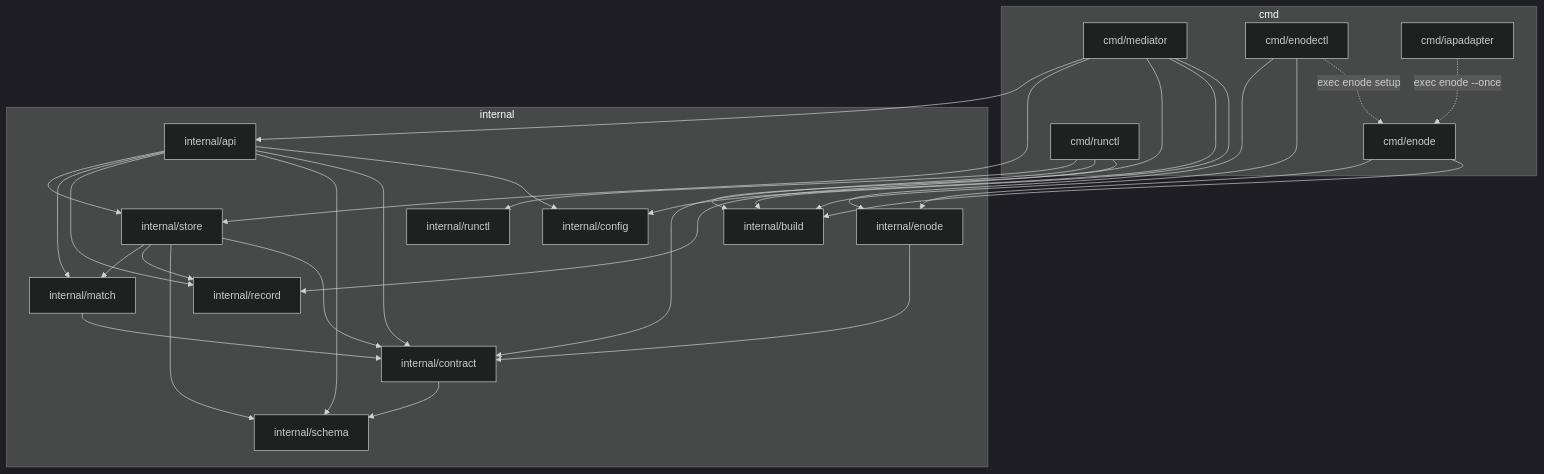
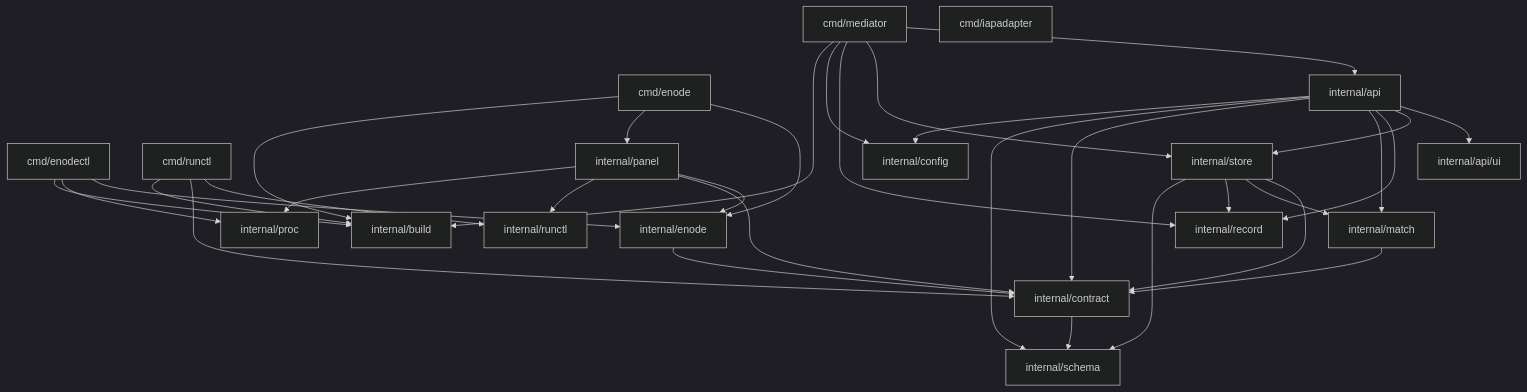
The diagram in aidlc-docs/inception/reverse-engineering/dependencies.md (taeels/enode-fixup-project), drawn with Mermaid (dark theme) before and after one commit. The commit also changed other lines of this file and 10 other files, not shown here.

````diff
--- a/aidlc-docs/inception/reverse-engineering/dependencies.md
+++ b/aidlc-docs/inception/reverse-engineering/dependencies.md
@@ -17,57 +10,54 @@
 ```mermaid
 graph TD
-    subgraph cmd
-        cmdMediator[cmd/mediator]
-        cmdEnode[cmd/enode]
-        cmdEnodectl[cmd/enodectl]
-        cmdRunctl[cmd/runctl]
-        cmdIap[cmd/iapadapter]
-    end
-    subgraph internal
-        api[internal/api]
-        store[internal/store]
-        match[internal/match]
-        contract[internal/contract]
-        record[internal/record]
-        schema[internal/schema]
-        config[internal/config]
-        enode[internal/enode]
-        runctl[internal/runctl]
-        build[internal/build]
-    end
+    cmdmediator["cmd/mediator"]
+    cmdenode["cmd/enode"]
+    cmdenodectl["cmd/enodectl"]
+    cmdrunctl["cmd/runctl"]
+    cmdiap["cmd/iapadapter"]
+    api["internal/api"]
+    ui["internal/api/ui"]
+    store["internal/store"]
+    record["internal/record"]
+    match["internal/match"]
+    contract["internal/contract"]
+    schema["internal/schema"]
+    config["internal/config"]
+    enode["internal/enode"]
+    panel["internal/panel"]
+    runctl["internal/runctl"]
+    proc["internal/proc"]
+    build["internal/build"]
 
-    cmdMediator --> api
-    cmdMediator --> store
-    cmdMediator --> record
-    cmdMediator --> config
-    cmdMediator --> build
-
+    cmdmediator --> api
+    cmdmediator --> store
+    cmdmediator --> record
+    cmdmediator --> config
+    cmdmediator --> build
+    cmdenode --> enode
+    cmdenode --> panel
+    cmdenode --> build
+    cmdenodectl --> enode
+    cmdenodectl --> proc
+    cmdenodectl --> build
+    cmdrunctl --> runctl
+    cmdrunctl --> contract
+    cmdrunctl --> build
+    api --> ui
     api --> store
+    api --> record
     api --> match
-    api --> record
+    api --> contract
     api --> schema
-    api --> contract
     api --> config
-
+    store --> contract
     store --> match
     store --> record
     store --> schema
-    store --> contract
-
+    contract --> schema
     match --> contract
-    contract --> schema
-
-    cmdEnode --> enode
-    cmdEnode --> build
     enode --> contract
-
-    cmdEnodectl --> enode
-    cmdEnodectl --> build
-
-    cmdRunctl --> runctl
-    cmdRunctl --> contract
-    cmdRunctl --> build
-
-    cmdEnodectl -.->|exec enode setup| cmdEnode
-    cmdIap -.->|exec enode --once| cmdEnode
+    panel --> enode
+    panel --> contract
+    panel --> runctl
+    panel --> proc
 ```
````
